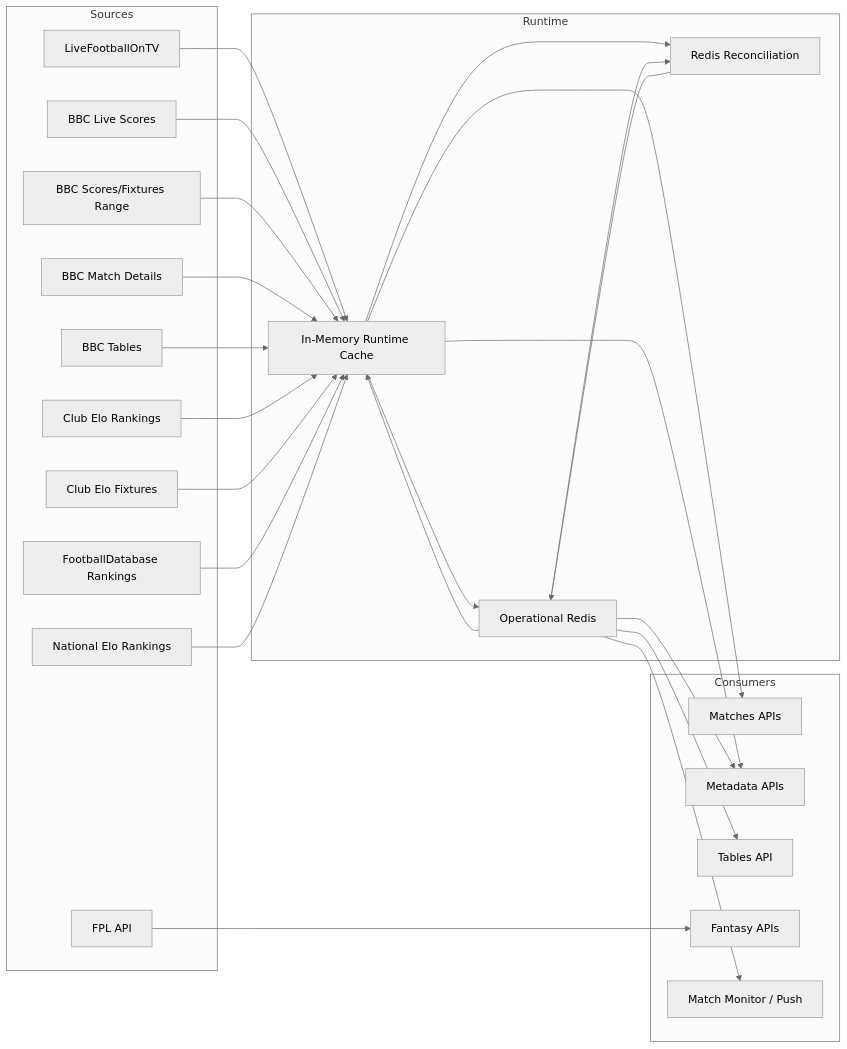
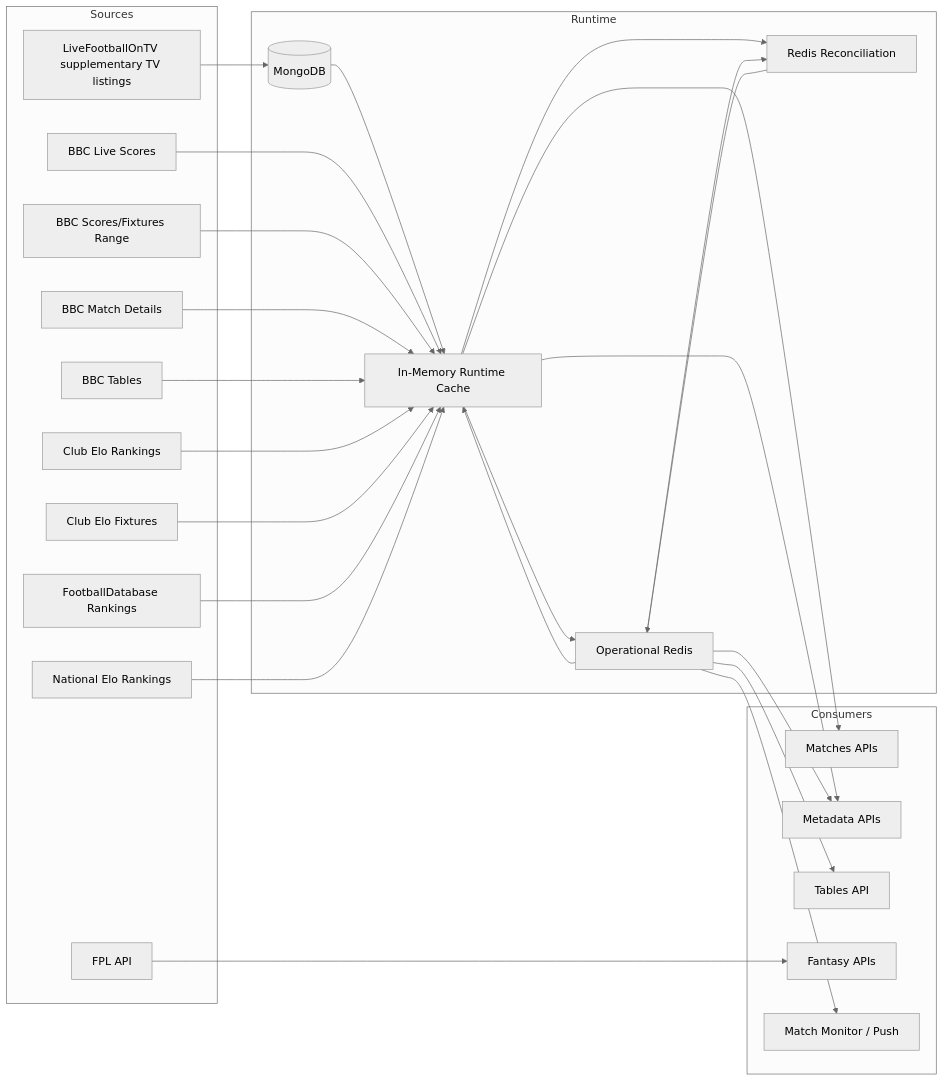
Before and after one commit to mwagstaff/top-scores: the first of 4 diagrams in ARCHITECTURE_OVERVIEW.md, drawn with Mermaid (neutral theme). The commit also changed other lines of this file and 608 other files, not shown here.

````diff
--- a/ARCHITECTURE_OVERVIEW.md
+++ b/ARCHITECTURE_OVERVIEW.md
@@ -7,52 +7,54 @@
 ```mermaid
 flowchart LR
   subgraph Sources
-    LF[LiveFootballOnTV]
+    LF[LiveFootballOnTV supplementary TV listings]
     BBCL[BBC Live Scores]
     BBCR[BBC Scores/Fixtures Range]
     BBCD[BBC Match Details]
     BBCT[BBC Tables]
     CE[Club Elo Rankings]
     CEF[Club Elo Fixtures]
     FD[FootballDatabase Rankings]
     NE[National Elo Rankings]
     FPL[FPL API]
   end
 
   subgraph Runtime
+    MONGO[(MongoDB)]
     MEM[In-Memory Runtime Cache]
     REDIS[Operational Redis]
     RECON[Redis Reconciliation]
   end
 
   subgraph Consumers
     MATCHES[Matches APIs]
     META[Metadata APIs]
     TABLES[Tables API]
     FANTASY[Fantasy APIs]
     MONITOR[Match Monitor / Push]
   end
 
-  LF --> MEM
+  LF --> MONGO
+  MONGO --> MEM
   BBCL --> MEM
   BBCR --> MEM
   BBCD --> MEM
   BBCT --> MEM
   CE --> MEM
   CEF --> MEM
   FD --> MEM
   NE --> MEM
   FPL --> FANTASY
 
   MEM --> REDIS
   REDIS --> MEM
   MEM --> RECON
   REDIS --> RECON
   RECON --> REDIS
 
   MEM --> MATCHES
   MEM --> META
   REDIS --> META
   REDIS --> TABLES
   REDIS --> MONITOR
 ```
````
